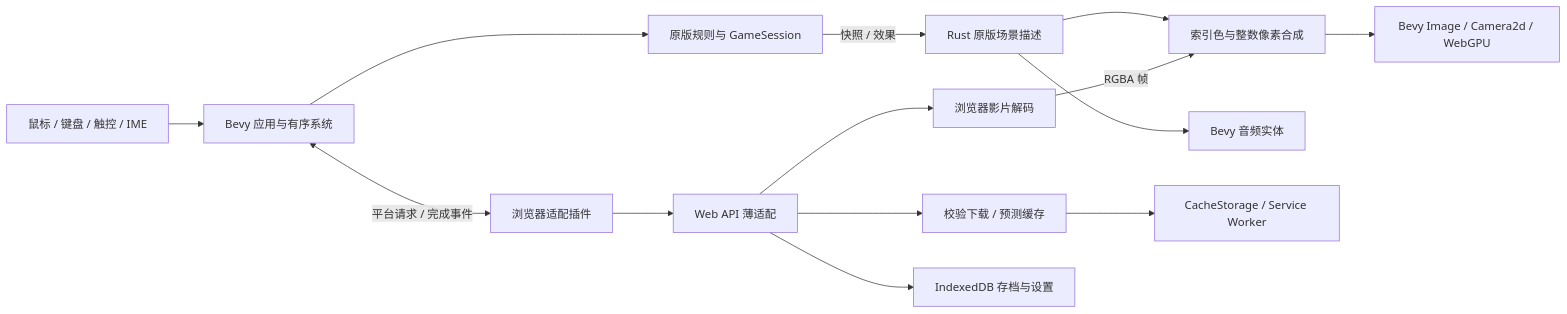
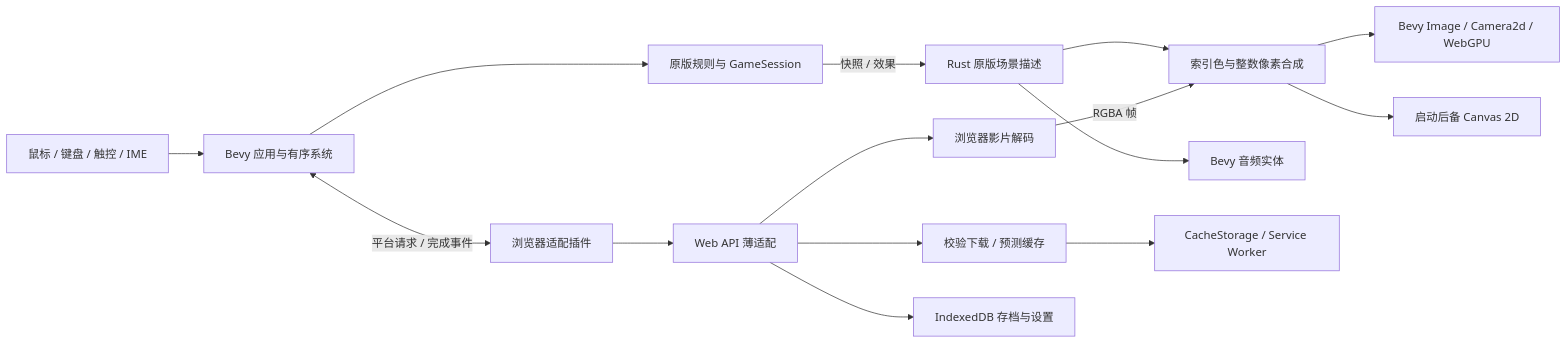
One commit to hr567/VirtualLife changed the diagram in docs/architecture.md. Above: the diagram before and after it, drawn with Mermaid. The commit also changed other lines of this file and 24 other files, not shown here.

````diff
--- a/docs/architecture.md
+++ b/docs/architecture.md
@@ -5,16 +5,17 @@
 ```mermaid
 flowchart LR
   Input[鼠标 / 键盘 / 触控 / IME] --> App[Bevy 应用与有序系统]
   App --> Core[原版规则与 GameSession]
   Core -->|快照 / 效果| Scene[Rust 原版场景描述]
   Scene --> Pixels[索引色与整数像素合成]
   Pixels --> Display[Bevy Image / Camera2d / WebGPU]
+  Pixels --> Canvas[启动后备 Canvas 2D]
   Scene --> Audio[Bevy 音频实体]
   App <-->|平台请求 / 完成事件| Bridge[浏览器适配插件]
   Bridge --> Web[Web API 薄适配]
   Web --> Assets[校验下载 / 预测缓存]
   Web --> Media[浏览器影片解码]
   Media -->|RGBA 帧| Pixels
   Web --> IDB[IndexedDB 存档与设置]
   Assets --> Cache[CacheStorage / Service Worker]
 ```
````
